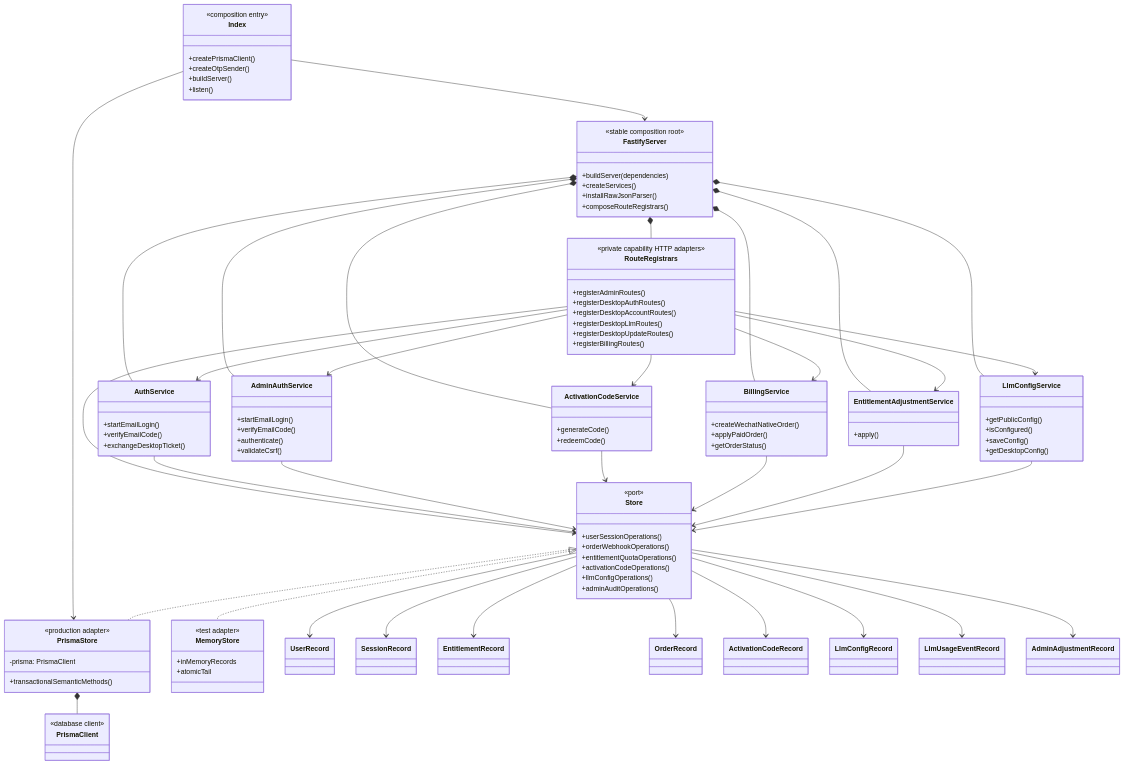
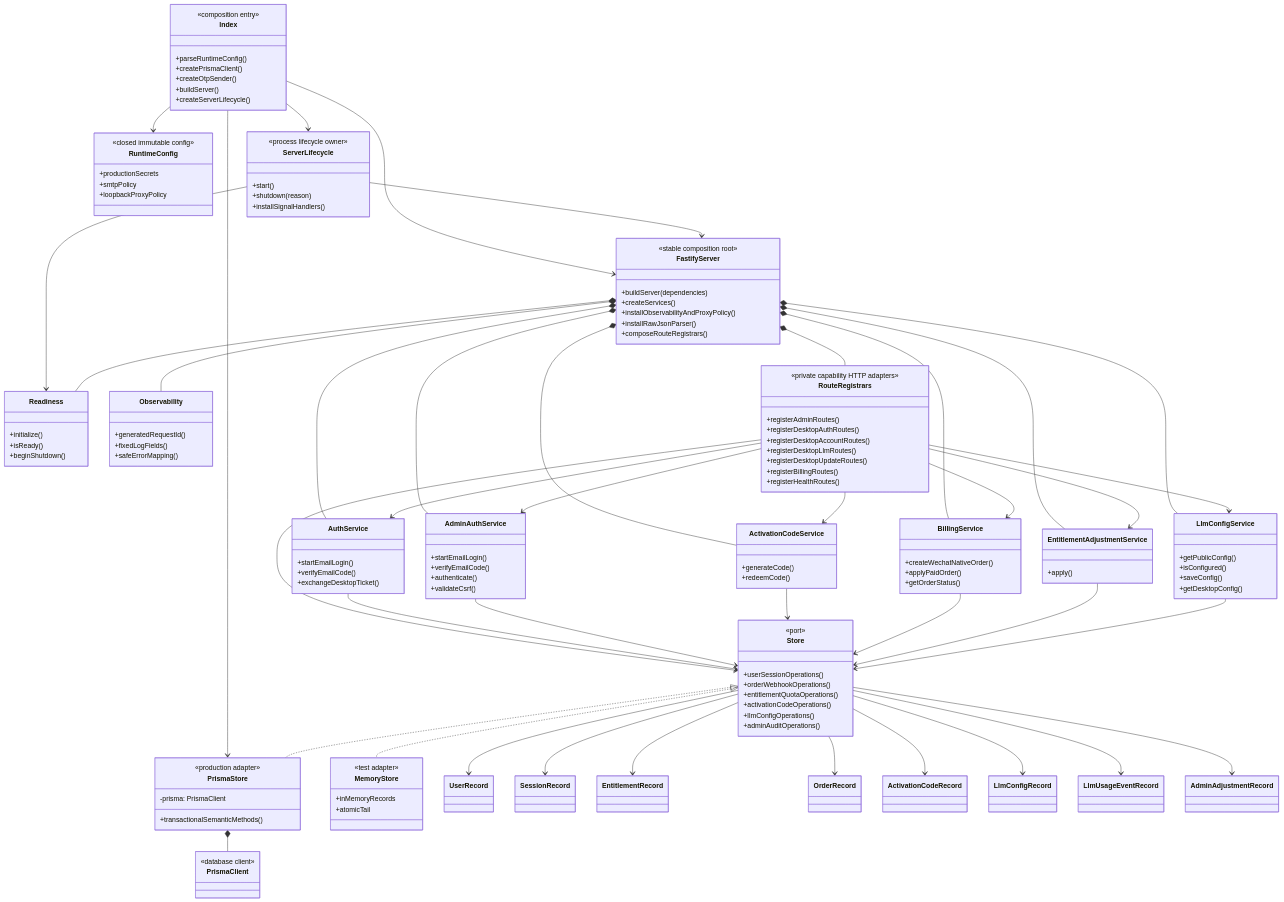
Before and after one commit to jiabai/FrameQ: the sixth of 9 diagrams in docs/design-docs/frameq-code-audit-uml.md, drawn with Mermaid. The commit also changed other lines of this file and 68 other files, not shown here.

Commit message:
feat(server): harden auth quota and production operations

```diff
--- a/docs/design-docs/frameq-code-audit-uml.md
+++ b/docs/design-docs/frameq-code-audit-uml.md
@@ -1541,16 +1551,44 @@
 classDiagram
   class Index {
     <<composition entry>>
+    +parseRuntimeConfig()
     +createPrismaClient()
     +createOtpSender()
     +buildServer()
-    +listen()
+    +createServerLifecycle()
+  }
+
+  class RuntimeConfig {
+    <<closed immutable config>>
+    +productionSecrets
+    +smtpPolicy
+    +loopbackProxyPolicy
+  }
+
+  class ServerLifecycle {
+    <<process lifecycle owner>>
+    +start()
+    +shutdown(reason)
+    +installSignalHandlers()
+  }
+
+  class Readiness {
+    +initialize()
+    +isReady()
+    +beginShutdown()
+  }
+
+  class Observability {
+    +generatedRequestId()
+    +fixedLogFields()
+    +safeErrorMapping()
   }
 
   class FastifyServer {
     <<stable composition root>>
     +buildServer(dependencies)
     +createServices()
+    +installObservabilityAndProxyPolicy()
     +installRawJsonParser()
     +composeRouteRegistrars()
   }
@@ -1563,6 +1601,7 @@
     +registerDesktopLlmRoutes()
     +registerDesktopUpdateRoutes()
     +registerBillingRoutes()
+    +registerHealthRoutes()
   }
 
   class AuthService {
@@ -1635,8 +1674,14 @@
   class LlmUsageEventRecord
   class AdminAdjustmentRecord
 
+  Index --> RuntimeConfig
   Index --> FastifyServer
   Index --> PrismaStore
+  Index --> ServerLifecycle
+  ServerLifecycle --> Readiness
+  ServerLifecycle --> FastifyServer
+  FastifyServer *-- Readiness
+  FastifyServer *-- Observability
   FastifyServer *-- RouteRegistrars
   FastifyServer *-- AuthService
   FastifyServer *-- AdminAuthService
```
